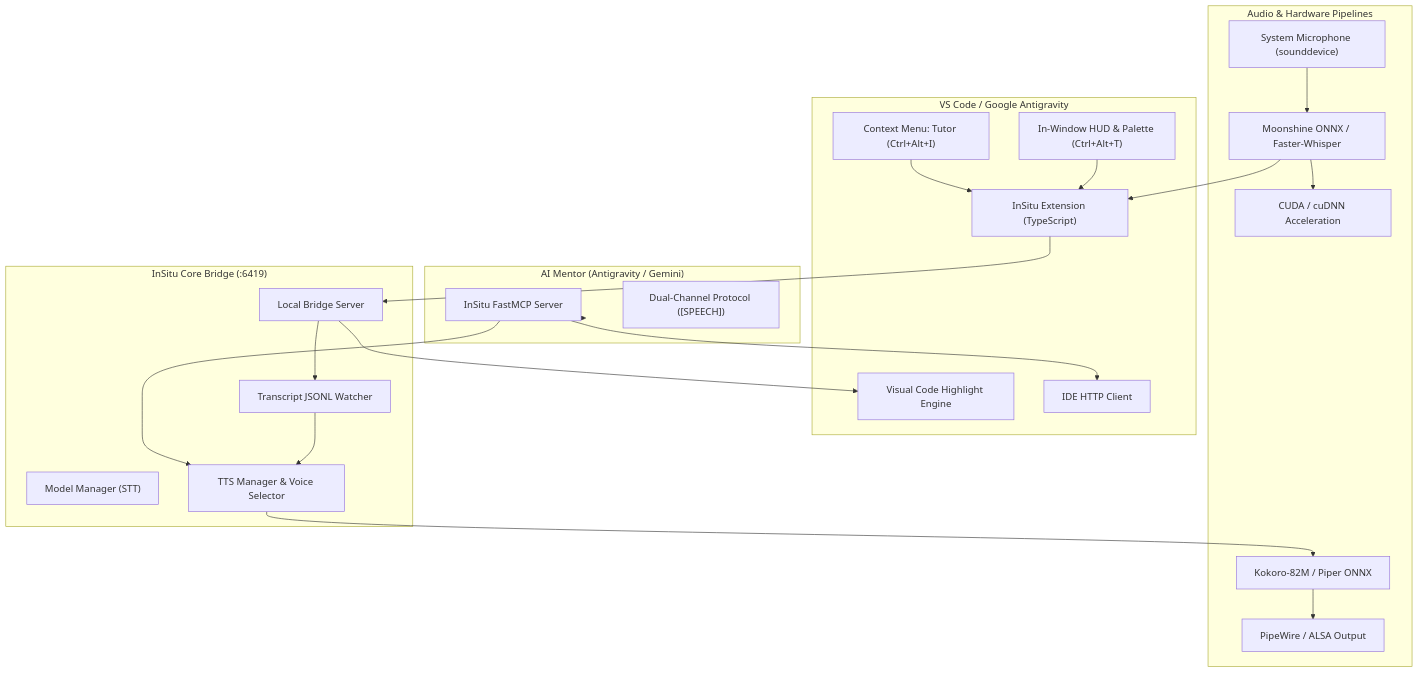
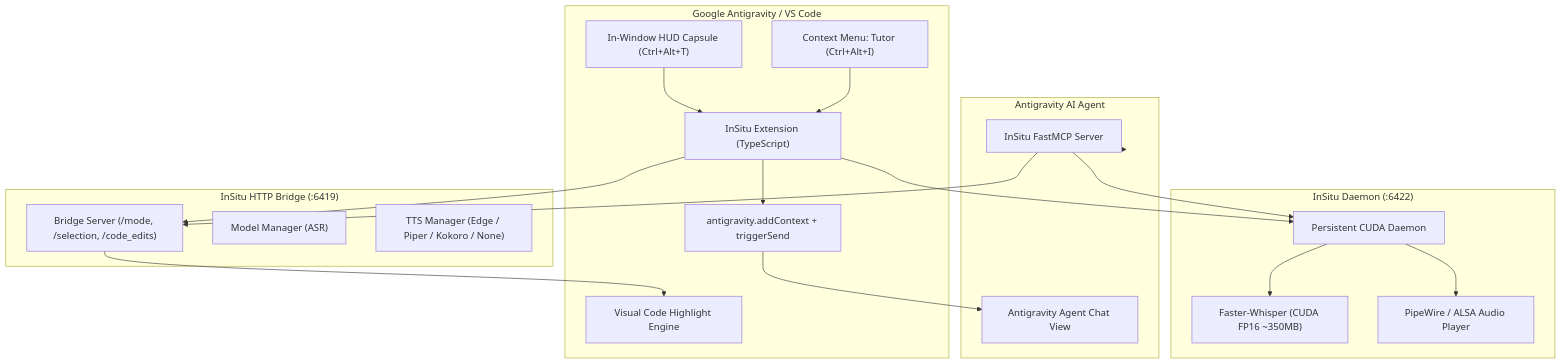
Before and after one commit to Brilliafy/insitu: the diagram in README.md, drawn with Mermaid. The commit also changed other lines of this file and 10 other files, not shown here.

Commit message:
feat(release): v1.0.0 major release with custom icon, silent tts mode, and read-only toggle

````diff
--- a/README.md
+++ b/README.md
@@ -93,48 +114,42 @@
 ```mermaid
 flowchart TD
-    subgraph Editor ["VS Code / Google Antigravity"]
+    subgraph Editor ["Google Antigravity / VS Code"]
         Ext["InSitu Extension (TypeScript)"]
-        HUD["In-Window HUD & Palette (Ctrl+Alt+T)"]
+        HUD["In-Window HUD Capsule (Ctrl+Alt+T)"]
         Context["Context Menu: Tutor (Ctrl+Alt+I)"]
         Highlight["Visual Code Highlight Engine"]
-        BridgeClient["IDE HTTP Client"]
+        NativeDispatch["antigravity.addContext + triggerSend"]
     end
 
-    subgraph CoreEngine ["InSitu Core Bridge (:6419)"]
-        BridgeServer["Local Bridge Server"]
-        STTManager["Model Manager (STT)"]
-        TTSManager["TTS Manager & Voice Selector"]
-        Watcher["Transcript JSONL Watcher"]
+    subgraph DaemonServer ["InSitu Daemon (:6422)"]
+        Daemon["Persistent CUDA Daemon"]
+        WhisperCUDA["Faster-Whisper (CUDA FP16 ~350MB)"]
+        PipeWire["PipeWire / ALSA Audio Player"]
     end
 
-    subgraph LocalAudio ["Audio & Hardware Pipelines"]
-        Microphone["System Microphone (sounddevice)"]
-        STTModel["Moonshine ONNX / Faster-Whisper"]
-        Kokoro["Kokoro-82M / Piper ONNX"]
-        AudioOut["PipeWire / ALSA Output"]
-        CUDA["CUDA / cuDNN Acceleration"]
+    subgraph BridgeEngine ["InSitu HTTP Bridge (:6419)"]
+        Bridge["Bridge Server (/mode, /selection, /code_edits)"]
+        STTManager["Model Manager (ASR)"]
+        TTSManager["TTS Manager (Edge / Piper / Kokoro / None)"]
     end
 
-    subgraph AIAgent ["AI Mentor (Antigravity / Gemini)"]
+    subgraph AntigravityAgent ["Antigravity AI Agent"]
         MCP["InSitu FastMCP Server"]
-        DualChannel["Dual-Channel Protocol ([SPEECH])"]
+        Chat["Antigravity Agent Chat View"]
     end
 
     HUD --> Ext
     Context --> Ext
-    Ext --> BridgeServer
-    BridgeServer --> Highlight
-    BridgeServer --> Watcher
+    Ext --> NativeDispatch
+    NativeDispatch --> Chat
+    Ext --> Bridge
+    Bridge --> Highlight
 
-    Microphone --> STTModel
-    STTModel --> CUDA
-    STTModel --> Ext
+    Ext --> Daemon
+    Daemon --> WhisperCUDA
+    Daemon --> PipeWire
 
-    Watcher --> TTSManager
-    TTSManager --> Kokoro
-    Kokoro --> AudioOut
-
-    AIAgent --> MCP
-    MCP --> BridgeClient
-    MCP --> TTSManager
+    AntigravityAgent --> MCP
+    MCP --> Bridge
+    MCP --> Daemon
 ```
````
